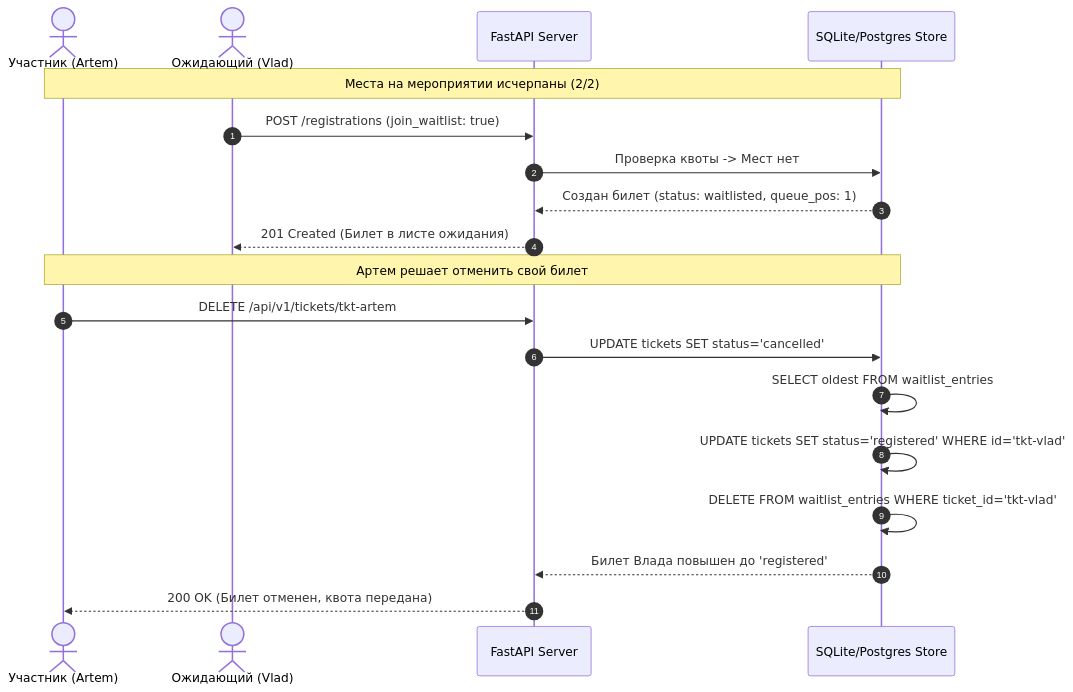
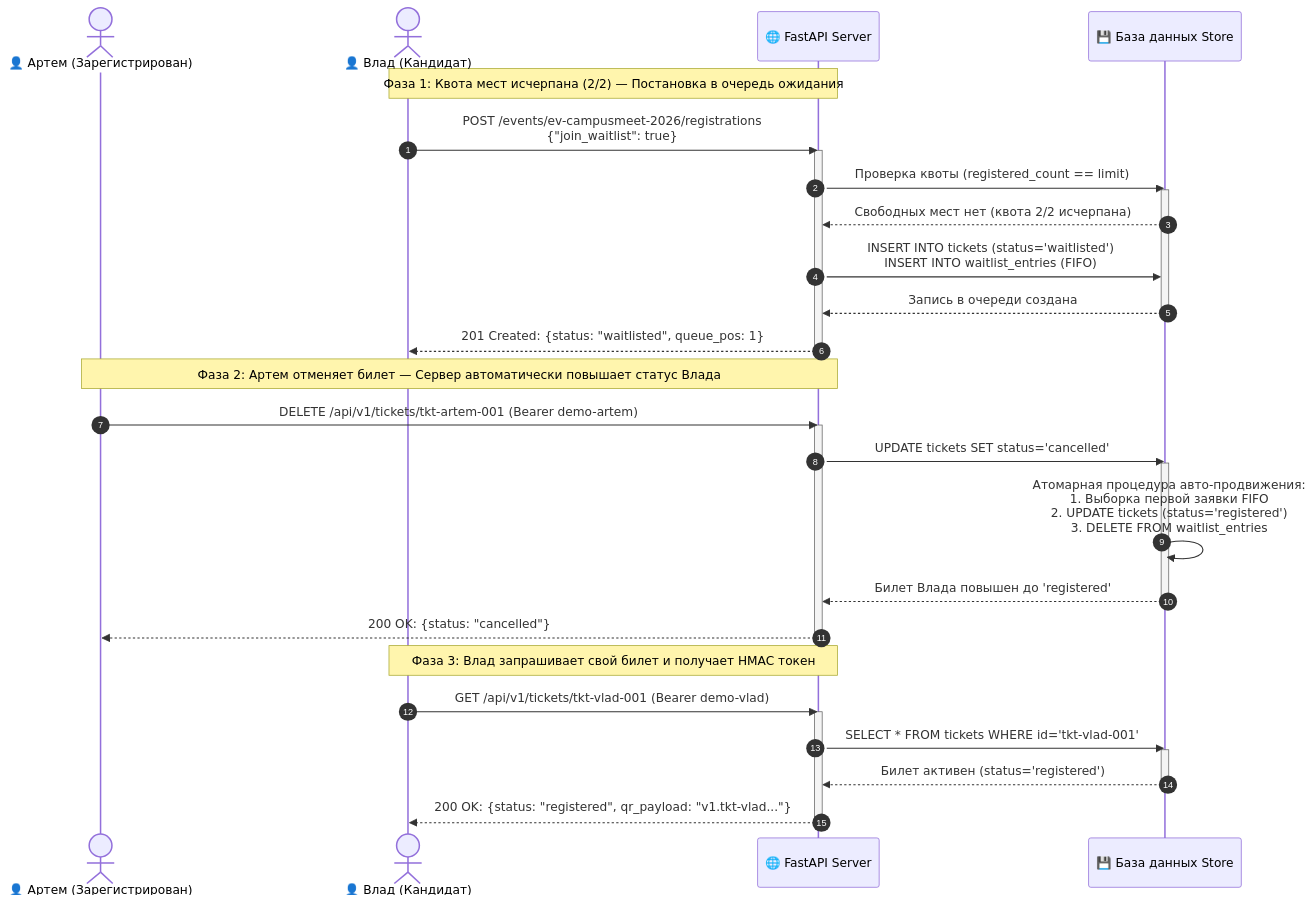
One commit to fpmi-hci-2026/CampusMeet changed the second of 5 diagrams in docs/reports/Lab7_report.md. Above: the diagram before and after it, drawn with Mermaid. The commit also changed other lines of this file and 8 other files, not shown here.

Commit message:
fix(diagrams): replace clipped C4 and overlapping sequence diagrams with clean vector SVGs and formatted Mermaid blocks

````diff
--- a/docs/reports/Lab7_report.md
+++ b/docs/reports/Lab7_report.md
@@ -303,23 +327,41 @@
 ```mermaid
 sequenceDiagram
     autonumber
-    actor Attendee as Участник (Artem)
-    actor Waitlisted as Ожидающий (Vlad)
-    participant API as FastAPI Server
-    participant Store as SQLite/Postgres Store
-    
-    Note over Attendee,Store: Места на мероприятии исчерпаны (2/2)
-    Waitlisted->>API: POST /registrations (join_waitlist: true)
-    API->>Store: Проверка квоты -> Мест нет
-    Store-->>API: Создан билет (status: waitlisted, queue_pos: 1)
-    API-->>Waitlisted: 201 Created (Билет в листе ожидания)
-    
-    Note over Attendee,Store: Артем решает отменить свой билет
-    Attendee->>API: DELETE /api/v1/tickets/tkt-artem
-    API->>Store: UPDATE tickets SET status='cancelled'
-    Store->>Store: SELECT oldest FROM waitlist_entries
-    Store->>Store: UPDATE tickets SET status='registered' WHERE id='tkt-vlad'
-    Store->>Store: DELETE FROM waitlist_entries WHERE ticket_id='tkt-vlad'
-    Store-->>API: Билет Влада повышен до 'registered'
-    API-->>Attendee: 200 OK (Билет отменен, квота передана)
+    actor Artem as 👤 Артем (Зарегистрирован)
+    actor Vlad as 👤 Влад (Кандидат)
+    participant API as 🌐 FastAPI Server
+    participant DB as 💾 База данных Store
+
+    Note over Vlad,API: Фаза 1: Квота мест исчерпана (2/2) — Постановка в очередь ожидания
+    Vlad->>API: POST /events/ev-campusmeet-2026/registrations<br/>{"join_waitlist": true}
+    activate API
+    API->>DB: Проверка квоты (registered_count == limit)
+    activate DB
+    DB-->>API: Свободных мест нет (квота 2/2 исчерпана)
+    API->>DB: INSERT INTO tickets (status='waitlisted')<br/>INSERT INTO waitlist_entries (FIFO)
+    DB-->>API: Запись в очереди создана
+    deactivate DB
+    API-->>Vlad: 201 Created: {status: "waitlisted", queue_pos: 1}
+    deactivate API
+
+    Note over Artem,API: Фаза 2: Артем отменяет билет — Сервер автоматически повышает статус Влада
+    Artem->>API: DELETE /api/v1/tickets/tkt-artem-001 (Bearer demo-artem)
+    activate API
+    API->>DB: UPDATE tickets SET status='cancelled'
+    activate DB
+    DB->>DB: Атомарная процедура авто-продвижения:<br/>1. Выборка первой заявки FIFO<br/>2. UPDATE tickets (status='registered')<br/>3. DELETE FROM waitlist_entries
+    DB-->>API: Билет Влада повышен до 'registered'
+    deactivate DB
+    API-->>Artem: 200 OK: {status: "cancelled"}
+    deactivate API
+
+    Note over Vlad,API: Фаза 3: Влад запрашивает свой билет и получает HMAC токен
+    Vlad->>API: GET /api/v1/tickets/tkt-vlad-001 (Bearer demo-vlad)
+    activate API
+    API->>DB: SELECT * FROM tickets WHERE id='tkt-vlad-001'
+    activate DB
+    DB-->>API: Билет активен (status='registered')
+    deactivate DB
+    API-->>Vlad: 200 OK: {status: "registered", qr_payload: "v1.tkt-vlad..."}
+    deactivate API
 ```
````
